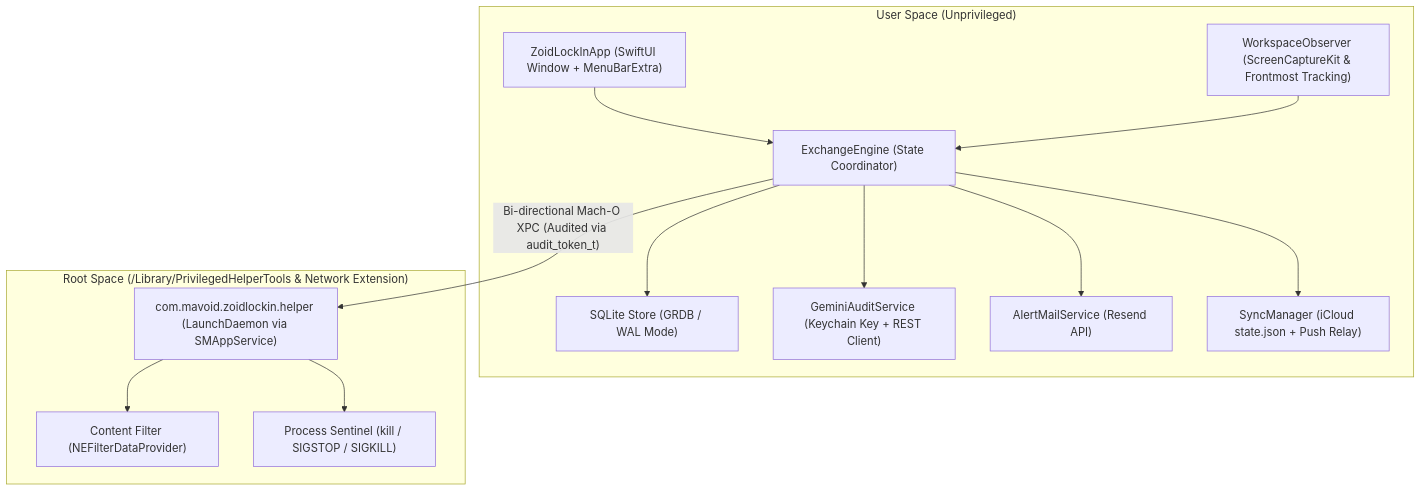
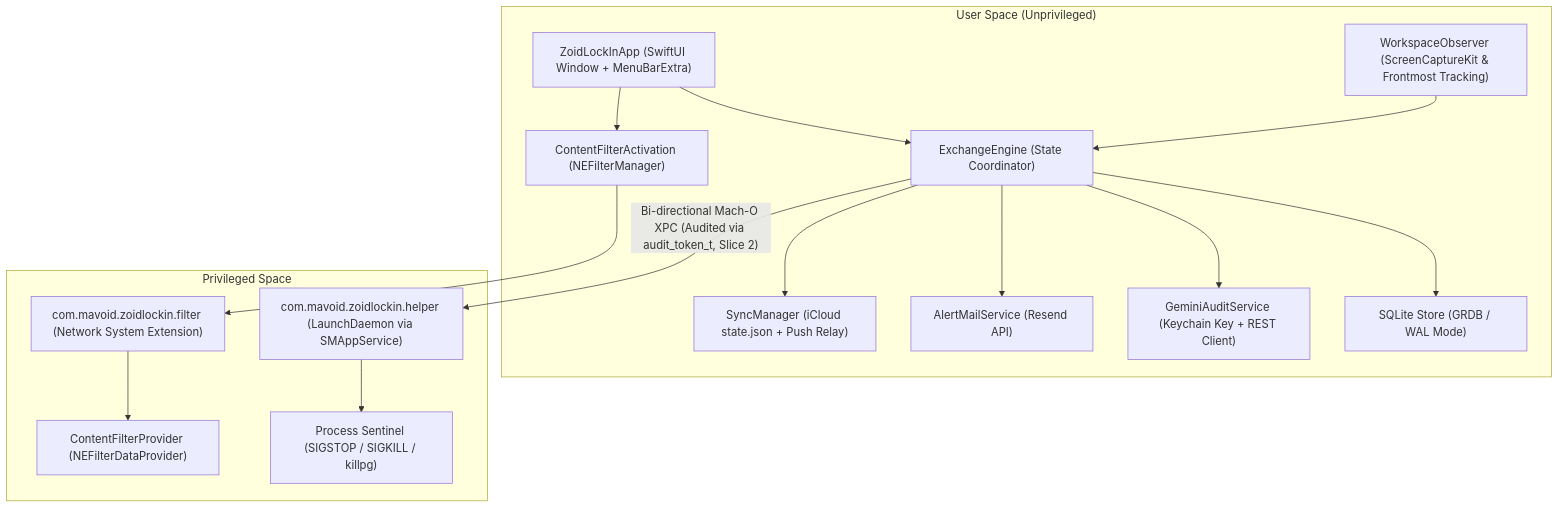
The first of 2 diagrams in SPEC.md (Ziad-NasrEldin/Zoid-Lock-In), drawn with Mermaid before and after one commit. The commit also changed other lines of this file and 23 other files, not shown here.

First line of the commit message:
fix(slice-1): harden network filter, process sentinel, and sysex architecture

````diff
--- a/SPEC.md
+++ b/SPEC.md
@@ -7,29 +7,33 @@
 ```mermaid
 flowchart TD
     subgraph UserSpace ["User Space (Unprivileged)"]
         UI["ZoidLockInApp (SwiftUI Window + MenuBarExtra)"]
         Engine["ExchangeEngine (State Coordinator)"]
         Store["SQLite Store (GRDB / WAL Mode)"]
         Observer["WorkspaceObserver (ScreenCaptureKit & Frontmost Tracking)"]
         GeminiClient["GeminiAuditService (Keychain Key + REST Client)"]
         MailClient["AlertMailService (Resend API)"]
         SyncManager["SyncManager (iCloud state.json + Push Relay)"]
+        FilterActivator["ContentFilterActivation (NEFilterManager)"]
     end
 
-    subgraph PrivilegedSpace ["Root Space (/Library/PrivilegedHelperTools & Network Extension)"]
+    subgraph PrivilegedSpace ["Privileged Space"]
         Daemon["com.mavoid.zoidlockin.helper (LaunchDaemon via SMAppService)"]
-        NetExt["Content Filter (NEFilterDataProvider)"]
-        ProcKiller["Process Sentinel (kill / SIGSTOP / SIGKILL)"]
+        ProcKiller["Process Sentinel (SIGSTOP / SIGKILL / killpg)"]
+        NetExt["com.mavoid.zoidlockin.filter (Network System Extension)"]
+        FilterData["ContentFilterProvider (NEFilterDataProvider)"]
     end
 
     UI --> Engine
     Engine --> Store
     Observer --> Engine
     Engine --> GeminiClient
     Engine --> MailClient
     Engine --> SyncManager
+    UI --> FilterActivator
+    FilterActivator --> NetExt
 
-    Engine -- "Bi-directional Mach-O XPC (Audited via audit_token_t)" --> Daemon
-    Daemon --> NetExt
+    Engine -- "Bi-directional Mach-O XPC (Audited via audit_token_t, Slice 2)" --> Daemon
     Daemon --> ProcKiller
+    NetExt --> FilterData
 ```
````
